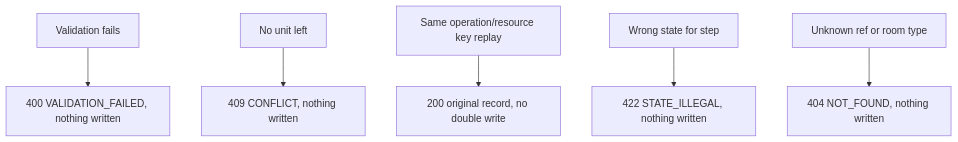
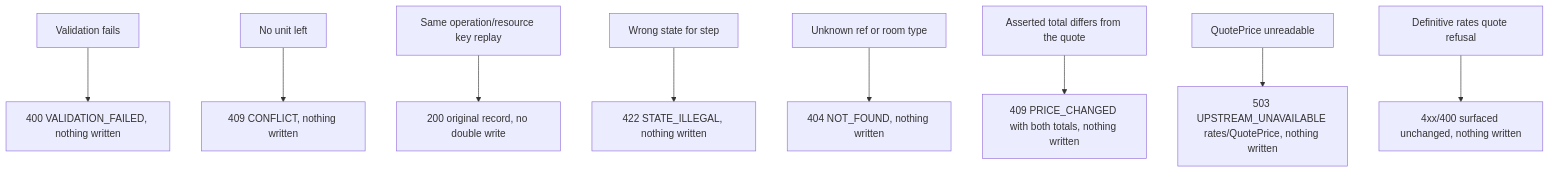
One commit to MingChen1501/hotel-mgmt changed the second of 2 diagrams in docs/architecture/services/reservations.md. Above: the diagram before and after it, drawn with Mermaid. The commit also changed other lines of this file and 42 other files, not shown here.

````diff
--- a/docs/architecture/services/reservations.md
+++ b/docs/architecture/services/reservations.md
@@ -55,8 +65,11 @@
 ```mermaid
 flowchart TD
     V[Validation fails] --> R400[400 VALIDATION_FAILED, nothing written]
     O[No unit left] --> R409[409 CONFLICT, nothing written]
     K[Same operation/resource key replay] --> R200[200 original record, no double write]
     S[Wrong state for step] --> R422[422 STATE_ILLEGAL, nothing written]
     N[Unknown ref or room type] --> R404[404 NOT_FOUND, nothing written]
+    PC[Asserted total differs from the quote] --> R409P[409 PRICE_CHANGED with both totals, nothing written]
+    PQ[QuotePrice unreadable] --> R503[503 UPSTREAM_UNAVAILABLE rates/QuotePrice, nothing written]
+    PR[Definitive rates quote refusal] --> R4XX[4xx/400 surfaced unchanged, nothing written]
 ```
````
